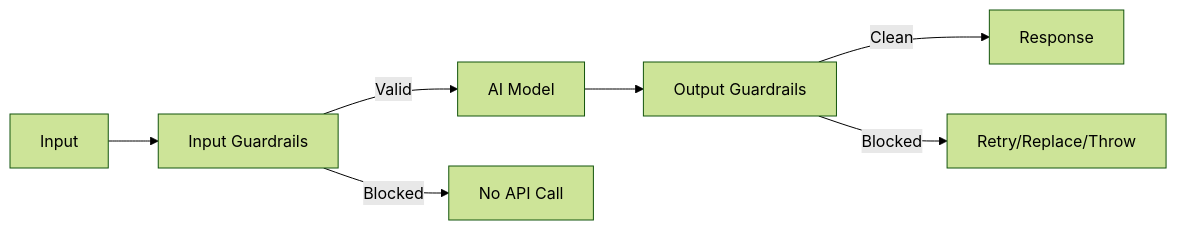
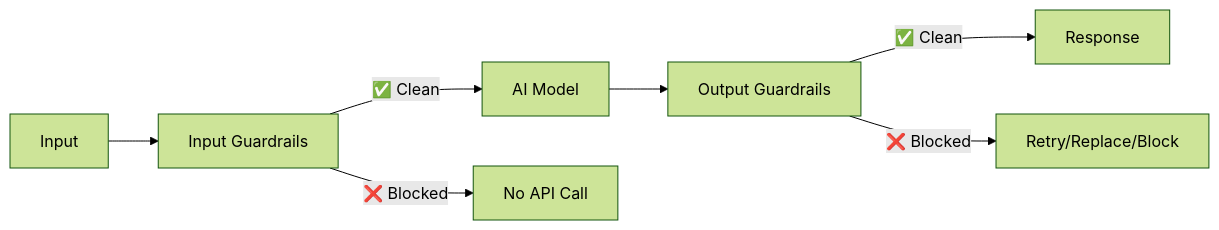
The diagram in README.md (jagreehal/ai-sdk-guardrails), drawn with Mermaid (forest theme) before and after one commit. The commit also changed other lines of this file and 3 other files, not shown here.

````diff
--- a/README.md
+++ b/README.md
@@ -700,9 +151,9 @@
 ```mermaid
 flowchart LR
   A[Input] --> B[Input Guardrails]
-  B -->|Valid| C[AI Model]
-  B -->|Blocked| X[No API Call]
+  B -->|✅ Clean| C[AI Model]
+  B -->|❌ Blocked| X[No API Call]
   C --> D[Output Guardrails]
-  D -->|Clean| E[Response]
-  D -->|Blocked| R[Retry/Replace/Throw]
+  D -->|✅ Clean| E[Response]
+  D -->|❌ Blocked| R[Retry/Replace/Block]
 ```
````
